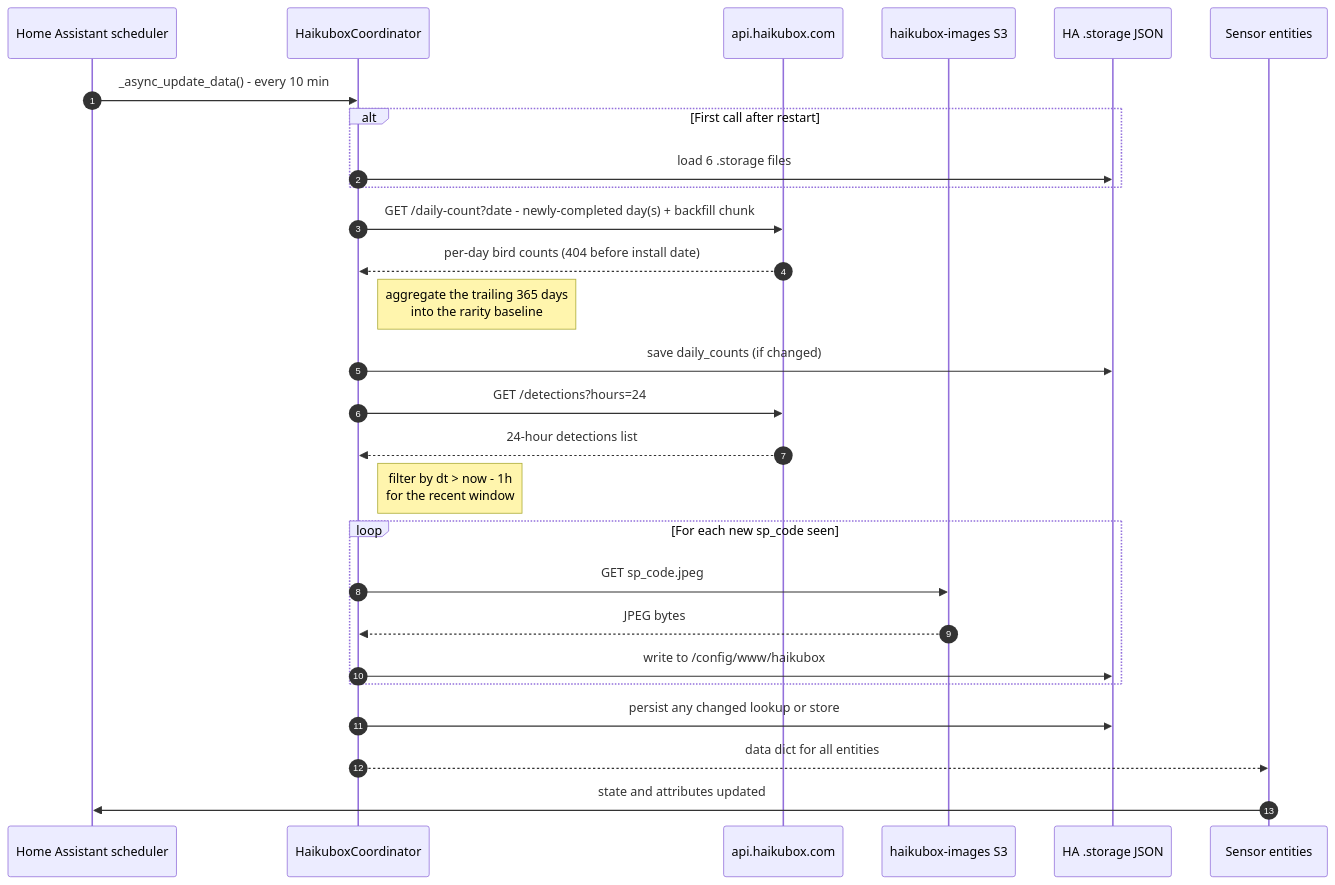
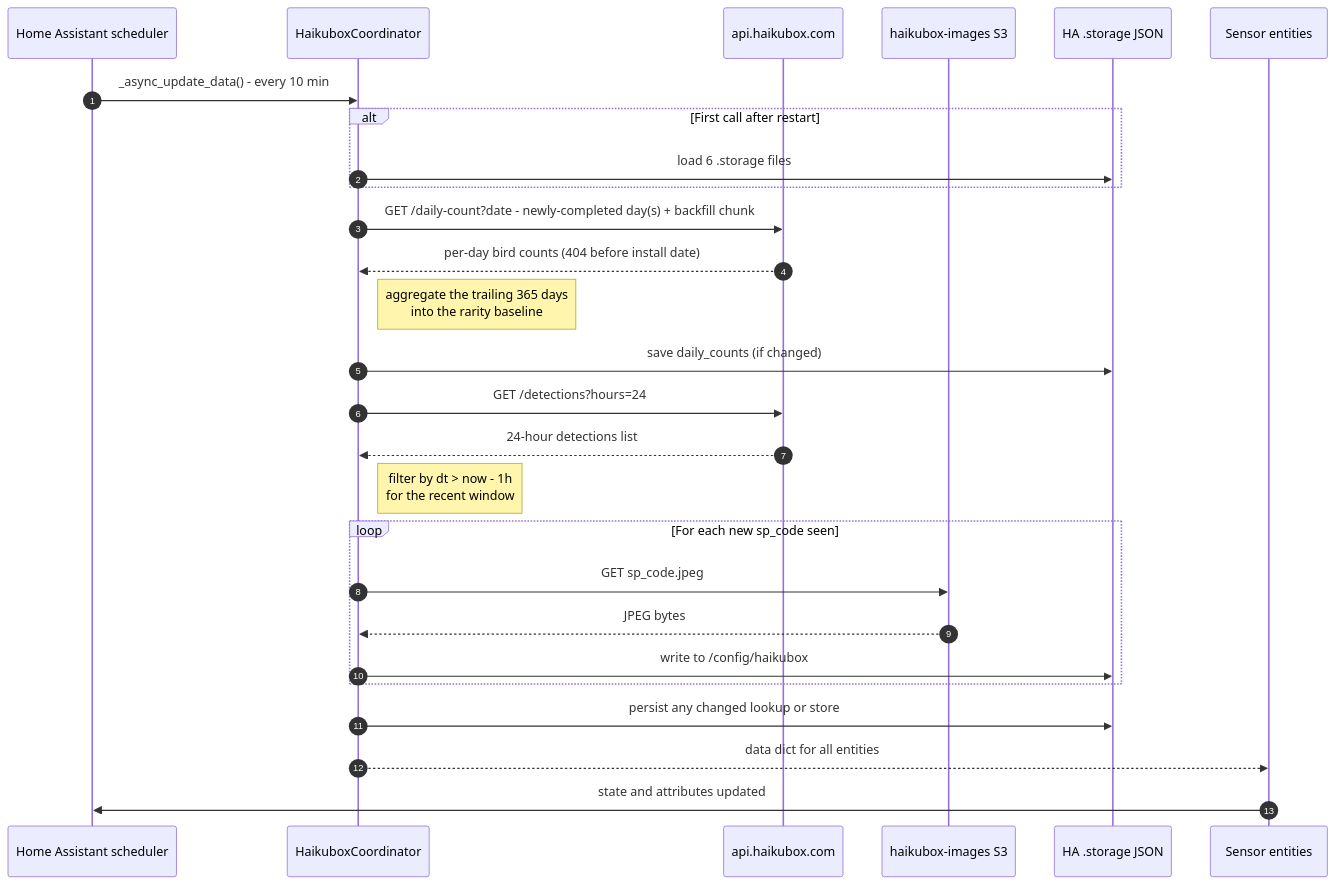
The diagram in docs/api.md (eklundjon/ha-haikubox), drawn with Mermaid before and after one commit. The commit also changed other lines of this file and 8 other files, not shown here.

````diff
--- a/docs/api.md
+++ b/docs/api.md
@@ -22,35 +22,35 @@
 ```mermaid
 sequenceDiagram
     autonumber
     participant HA as Home Assistant scheduler
     participant Coord as HaikuboxCoordinator
     participant API as api.haikubox.com
     participant S3 as haikubox-images S3
     participant Store as HA .storage JSON
     participant Sensors as Sensor entities
 
     HA->>Coord: _async_update_data() - every 10 min
 
     alt First call after restart
         Coord->>Store: load 6 .storage files
     end
 
     Coord->>API: GET /daily-count?date - newly-completed day(s) + backfill chunk
     API-->>Coord: per-day bird counts (404 before install date)
     Note right of Coord: aggregate the trailing 365 days<br/>into the rarity baseline
     Coord->>Store: save daily_counts (if changed)
 
     Coord->>API: GET /detections?hours=24
     API-->>Coord: 24-hour detections list
     Note right of Coord: filter by dt > now - 1h<br/>for the recent window
 
     loop For each new sp_code seen
         Coord->>S3: GET sp_code.jpeg
         S3-->>Coord: JPEG bytes
-        Coord->>Store: write to /config/www/haikubox
+        Coord->>Store: write to /config/haikubox
     end
 
     Coord->>Store: persist any changed lookup or store
     Coord-->>Sensors: data dict for all entities
     Sensors->>HA: state and attributes updated
 ```
````
